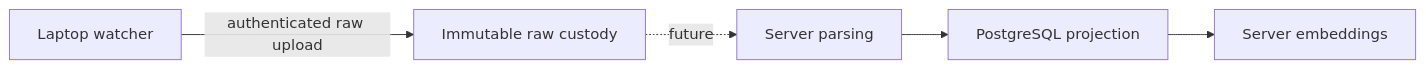
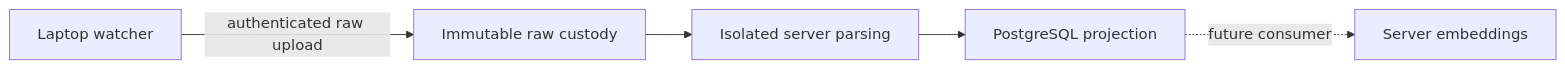
The diagram in docs/hosted-raw-sync.md (kenn-io/agentsview), drawn with Mermaid before and after one commit. The commit also changed other lines of this file and 146 other files, not shown here.

Commit message:
feat: derive hosted raw captures into PostgreSQL sessions

````diff
--- a/docs/hosted-raw-sync.md
+++ b/docs/hosted-raw-sync.md
@@ -11,7 +12,7 @@
 ```mermaid
 flowchart LR
     Watcher["Laptop watcher"] -->|"authenticated raw upload"| Custody["Immutable raw custody"]
-    Custody -. "future" .-> Parser["Server parsing"]
+    Custody --> Parser["Isolated server parsing"]
     Parser --> PostgreSQL["PostgreSQL projection"]
-    PostgreSQL --> Embeddings["Server embeddings"]
+    PostgreSQL -. "future consumer" .-> Embeddings["Server embeddings"]
 ```
````
